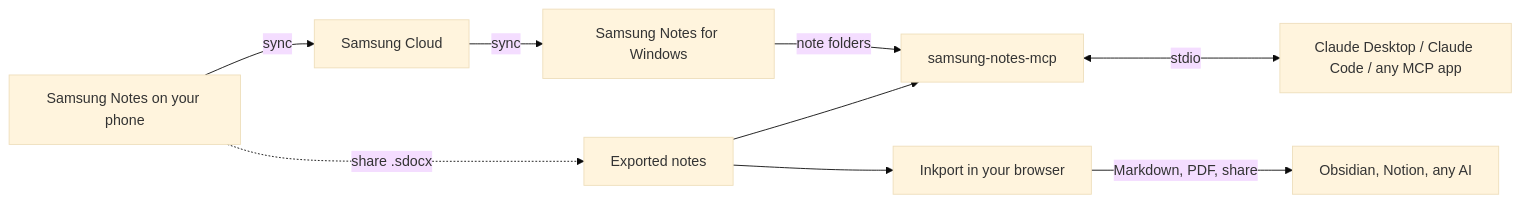
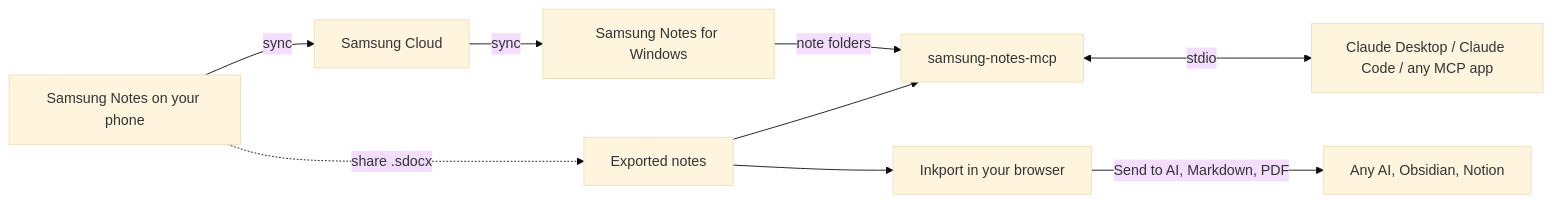
One commit to Mhemd139/Samsung_Notes changed the diagram in README.md. Above: the diagram before and after it, drawn with Mermaid (base theme). The commit also changed other lines of this file and 32 other files, not shown here.

First line of the commit message:
feat: Send to AI, one tap from Inkport to Claude, ChatGPT or Gemini

````diff
--- a/README.md
+++ b/README.md
@@ -144,11 +144,11 @@
 ```mermaid
 flowchart LR
   phone[Samsung Notes on your phone] -->|sync| cloud[Samsung Cloud]
   cloud -->|sync| app[Samsung Notes for Windows]
   app -->|note folders| server[samsung-notes-mcp]
   phone -.->|share .sdocx| folder[Exported notes]
   folder --> server
   folder --> inkport[Inkport in your browser]
   server <-->|stdio| claude[Claude Desktop / Claude Code / any MCP app]
-  inkport -->|Markdown, PDF, share| anywhere[Obsidian, Notion, any AI]
+  inkport -->|Send to AI, Markdown, PDF| anywhere[Any AI, Obsidian, Notion]
 ```
````
